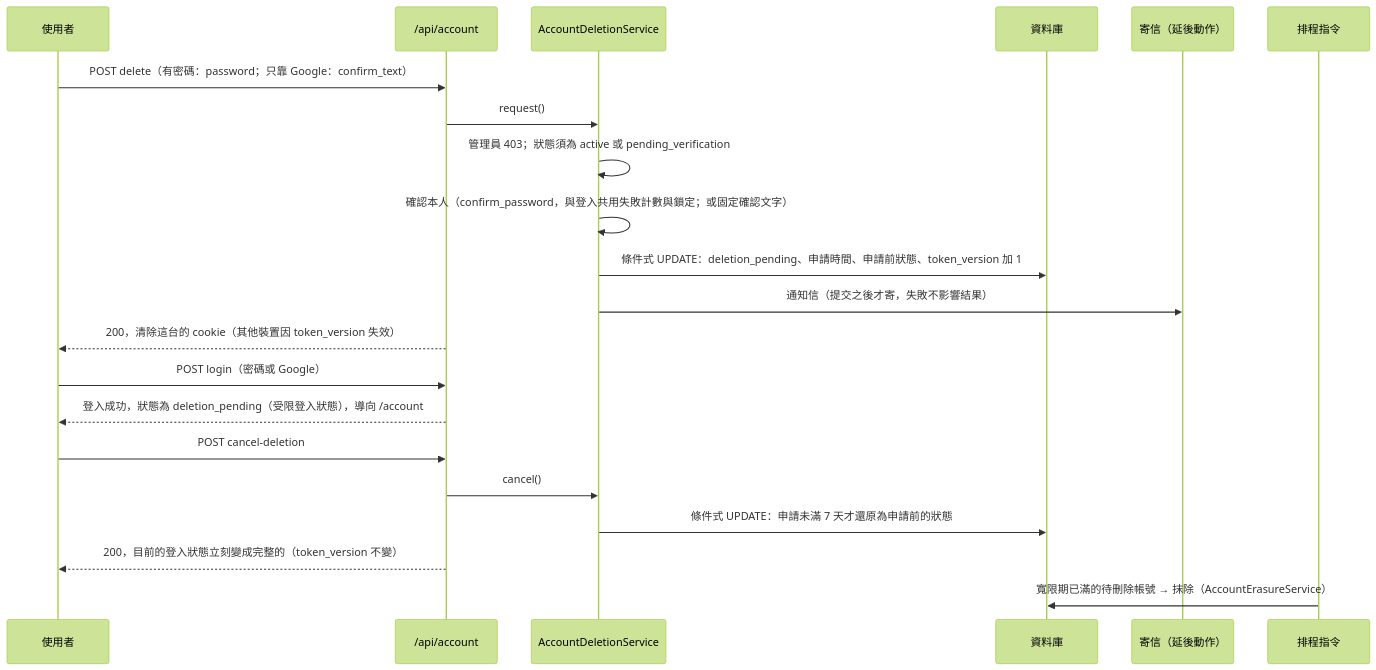
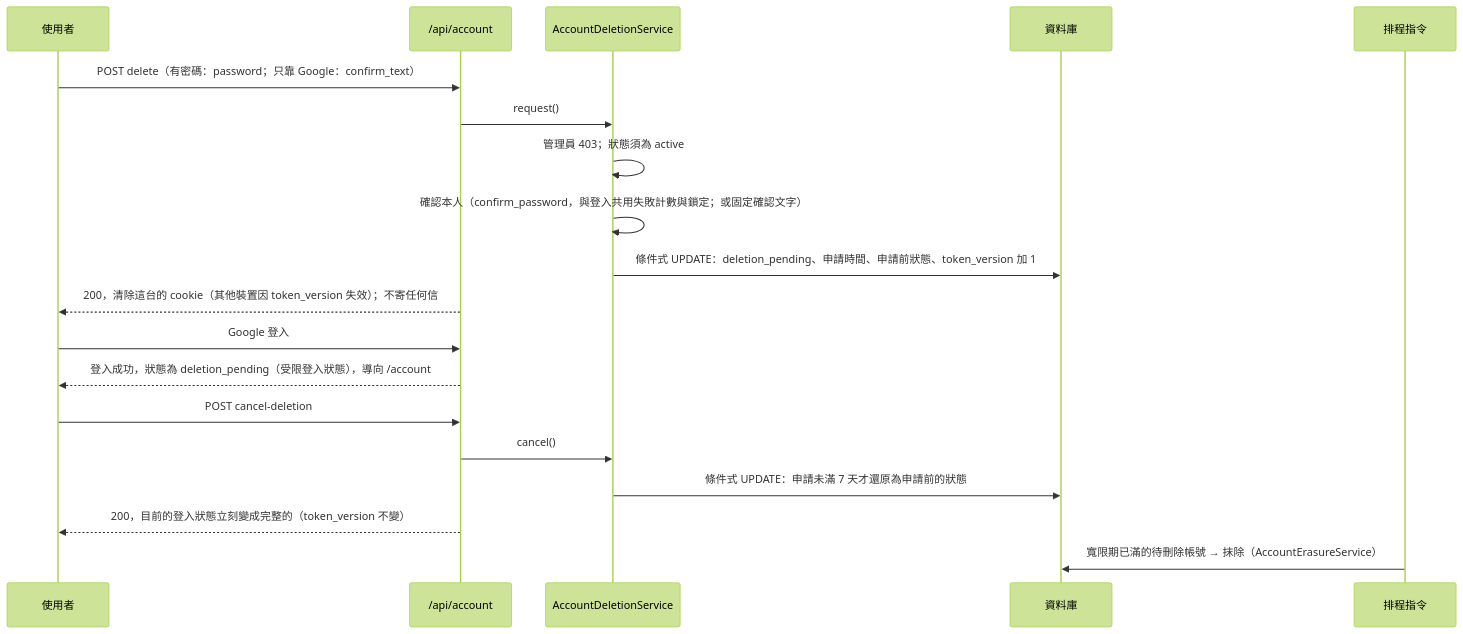
One commit to pp466pp466/R.A.C changed the sixth of 8 diagrams in docs/帳號與安全-auth-security.md. Above: the diagram before and after it, drawn with Mermaid (forest theme). The commit also changed other lines of this file and 110 other files, not shown here.

````diff
--- a/docs/帳號與安全-auth-security.md
+++ b/docs/帳號與安全-auth-security.md
@@ -263,24 +228,22 @@
 ```mermaid
 sequenceDiagram
     participant U as 使用者
     participant A as /api/account
     participant S as AccountDeletionService
     participant D as 資料庫
-    participant M as 寄信（延後動作）
     participant J as 排程指令
 
     U->>A: POST delete（有密碼：password；只靠 Google：confirm_text）
     A->>S: request()
-    S->>S: 管理員 403；狀態須為 active 或 pending_verification
+    S->>S: 管理員 403；狀態須為 active
     S->>S: 確認本人（confirm_password，與登入共用失敗計數與鎖定；或固定確認文字）
     S->>D: 條件式 UPDATE：deletion_pending、申請時間、申請前狀態、token_version 加 1
-    S->>M: 通知信（提交之後才寄，失敗不影響結果）
-    A-->>U: 200，清除這台的 cookie（其他裝置因 token_version 失效）
-    U->>A: POST login（密碼或 Google）
+    A-->>U: 200，清除這台的 cookie（其他裝置因 token_version 失效）；不寄任何信
+    U->>A: Google 登入
     A-->>U: 登入成功，狀態為 deletion_pending（受限登入狀態），導向 /account
     U->>A: POST cancel-deletion
     A->>S: cancel()
     S->>D: 條件式 UPDATE：申請未滿 7 天才還原為申請前的狀態
     A-->>U: 200，目前的登入狀態立刻變成完整的（token_version 不變）
     J->>D: 寬限期已滿的待刪除帳號 → 抹除（AccountErasureService）
 ```
````
